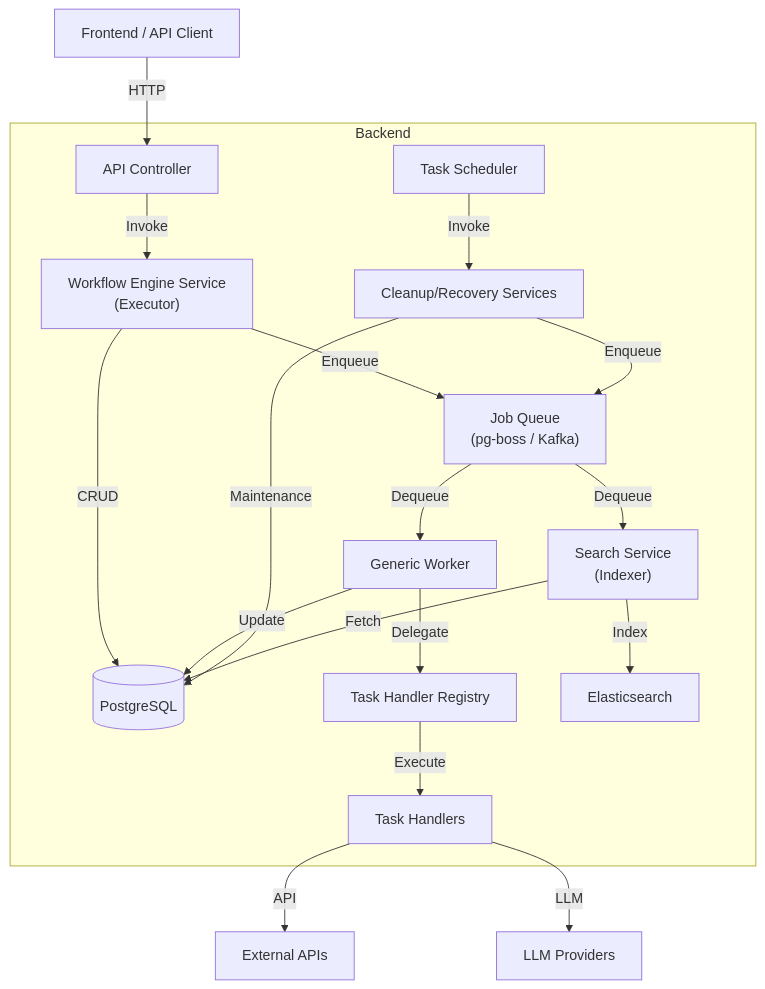
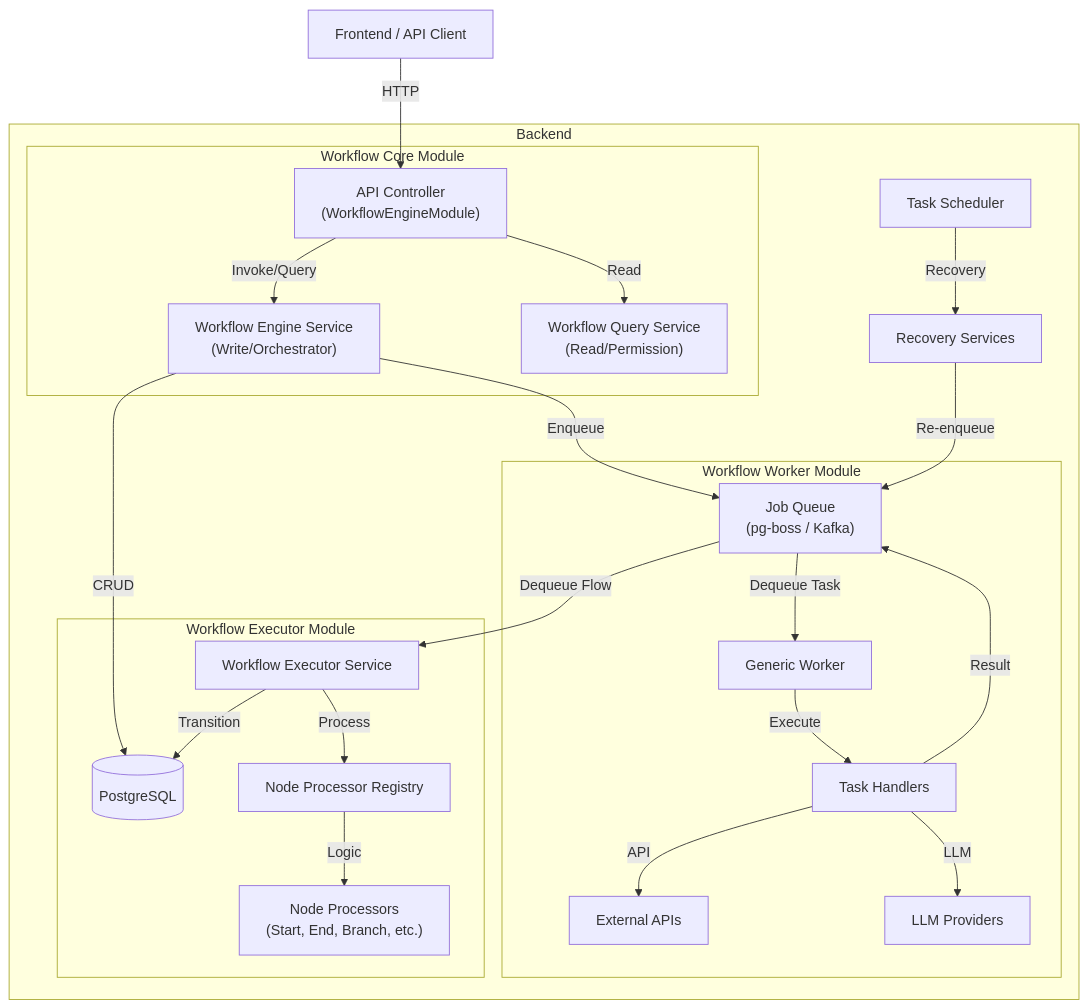
The diagram in backend/docs/architecture.md (kenichi-33/flow-craft), drawn with Mermaid before and after one commit. The commit also changed other lines of this file and 41 other files, not shown here.

````diff
--- a/backend/docs/architecture.md
+++ b/backend/docs/architecture.md
@@ -8,27 +8,32 @@
 ```mermaid
 flowchart TD
-    Client["Frontend / API Client"] -->|HTTP| API["API Controller"]
+    Client["Frontend / API Client"] -->|HTTP| API["API Controller<br/>(WorkflowEngineModule)"]
     
     subgraph Backend
-        API -->|Invoke| Executor["Workflow Engine Service<br/>(Executor)"]
-        Executor -->|CRUD| DB[("PostgreSQL")]
-        Executor -->|Enqueue| Queue["Job Queue<br/>(pg-boss / Kafka)"]
+        subgraph Core["Workflow Core Module"]
+            API -->|Invoke/Query| Engine["Workflow Engine Service<br/>(Write/Orchestrator)"]
+            API -->|Read| Query["Workflow Query Service<br/>(Read/Permission)"]
+        end
+
+        Engine -->|CRUD| DB[("PostgreSQL")]
+        Engine -->|Enqueue| Queue["Job Queue<br/>(pg-boss / Kafka)"]
         
-        Queue -->|Dequeue| Worker["Generic Worker"]
-        Worker -->|Update| DB
+        subgraph Worker["Workflow Worker Module"]
+            Queue -->|Dequeue Task| GenericWorker["Generic Worker"]
+            GenericWorker -->|Execute| Handlers["Task Handlers"]
+            Handlers -->|API| External["External APIs"]
+            Handlers -->|LLM| AI["LLM Providers"]
+            Handlers -->|Result| Queue
+        end
         
-        Worker -->|Delegate| Registry["Task Handler Registry"]
-        Registry -->|Execute| Handlers["Task Handlers"]
+        subgraph Executor["Workflow Executor Module"]
+            Queue -->|Dequeue Flow| ExecutorSvc["Workflow Executor Service"]
+            ExecutorSvc -->|Transition| DB
+            ExecutorSvc -->|Process| Registry["Node Processor Registry"]
+            Registry -->|Logic| Processors["Node Processors<br/>(Start, End, Branch, etc.)"]
+        end
         
-        Scheduler["Task Scheduler"] -->|Invoke| Services["Cleanup/Recovery Services"]
-        Services -->|Maintenance| DB
-        Services -->|Enqueue| Queue
-        
-        Queue -->|Dequeue| Indexer["Search Service<br/>(Indexer)"]
-        Indexer -->|Fetch| DB
-        Indexer -->|Index| ES["Elasticsearch"]
+        Scheduler["Task Scheduler"] -->|Recovery| Services["Recovery Services"]
+        Services -->|Re-enqueue| Queue
     end
-    
-    Handlers -->|API| External["External APIs"]
-    Handlers -->|LLM| AI["LLM Providers"]
 ```
````
